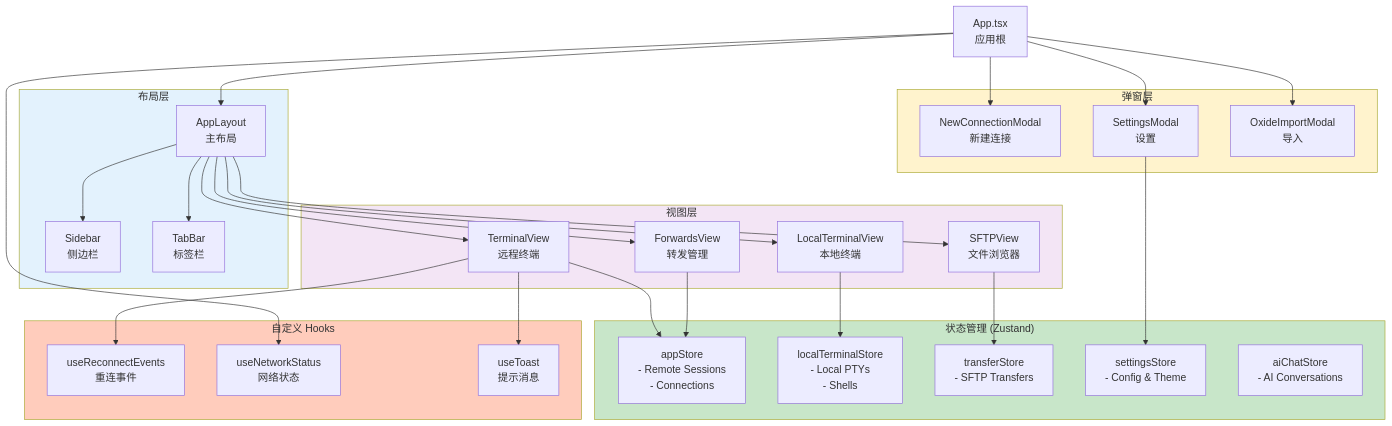
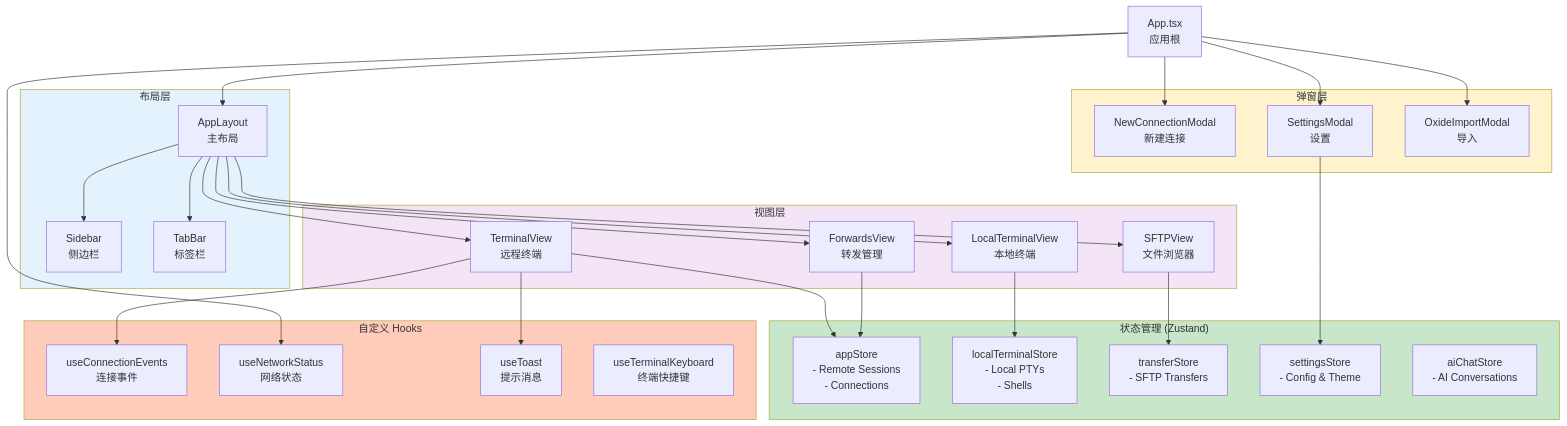
The seventh of 16 diagrams in docs/ARCHITECTURE.md (AnalyseDeCircuit/OxideTerm), drawn with Mermaid before and after one commit. The commit also changed other lines of this file and 4 other files, not shown here.

````diff
--- a/docs/ARCHITECTURE.md
+++ b/docs/ARCHITECTURE.md
@@ -773,65 +786,66 @@
 ```mermaid
 graph TD
     App["App.tsx<br/>应用根"]
     
     subgraph Layout["布局层"]
         AppLayout["AppLayout<br/>主布局"]
         Sidebar["Sidebar<br/>侧边栏"]
         TabBar["TabBar<br/>标签栏"]
     end
     
     subgraph Views["视图层"]
         Terminal["TerminalView<br/>远程终端"]
         LocalTerm["LocalTerminalView<br/>本地终端"]
         SFTP["SFTPView<br/>文件浏览器"]
         Forwards["ForwardsView<br/>转发管理"]
     end
     
     subgraph Modals["弹窗层"]
         NewConn["NewConnectionModal<br/>新建连接"]
         Settings["SettingsModal<br/>设置"]
         Import["OxideImportModal<br/>导入"]
     end
     
     subgraph State["状态管理 (Zustand)"]
         AppStore["appStore<br/>- Remote Sessions<br/>- Connections"]
         LocalStore["localTerminalStore<br/>- Local PTYs<br/>- Shells"]
         TransferStore["transferStore<br/>- SFTP Transfers"]
         SettingsStore["settingsStore<br/>- Config & Theme"]
         AiStore["aiChatStore<br/>- AI Conversations"]
     end
     
     subgraph Hooks["自定义 Hooks"]
-        UseReconnect["useReconnectEvents<br/>重连事件"]
+        UseConnEvents["useConnectionEvents<br/>连接事件"]
         UseNetwork["useNetworkStatus<br/>网络状态"]
         UseToast["useToast<br/>提示消息"]
+        UseTermKb["useTerminalKeyboard<br/>终端快捷键"]
     end
     
     App --> AppLayout
     AppLayout --> Sidebar
     AppLayout --> TabBar
     AppLayout --> Terminal
     AppLayout --> LocalTerm
     AppLayout --> SFTP
     AppLayout --> Forwards
     
     App --> NewConn
     App --> Settings
     App --> Import
     
     Terminal --> AppStore
     LocalTerm --> LocalStore
     SFTP --> TransferStore
     Forwards --> AppStore
     Settings --> SettingsStore
     
-    Terminal --> UseReconnect
+    Terminal --> UseConnEvents
     App --> UseNetwork
     Terminal --> UseToast
     
     style Layout fill:#e3f2fd
     style Views fill:#f3e5f5
     style Modals fill:#fff3cd
     style State fill:#c8e6c9
     style Hooks fill:#ffccbc
 ```
````
